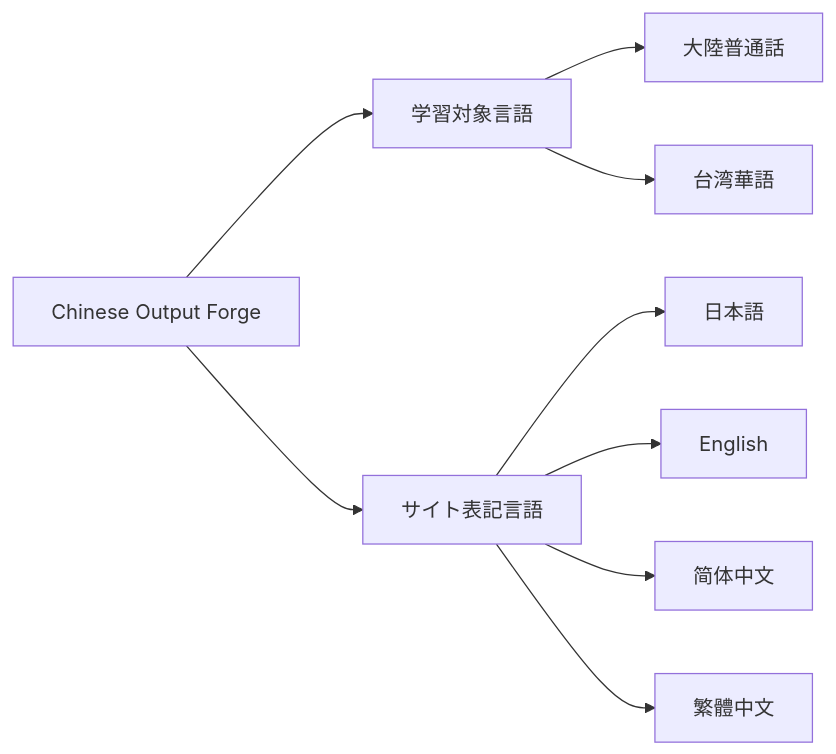
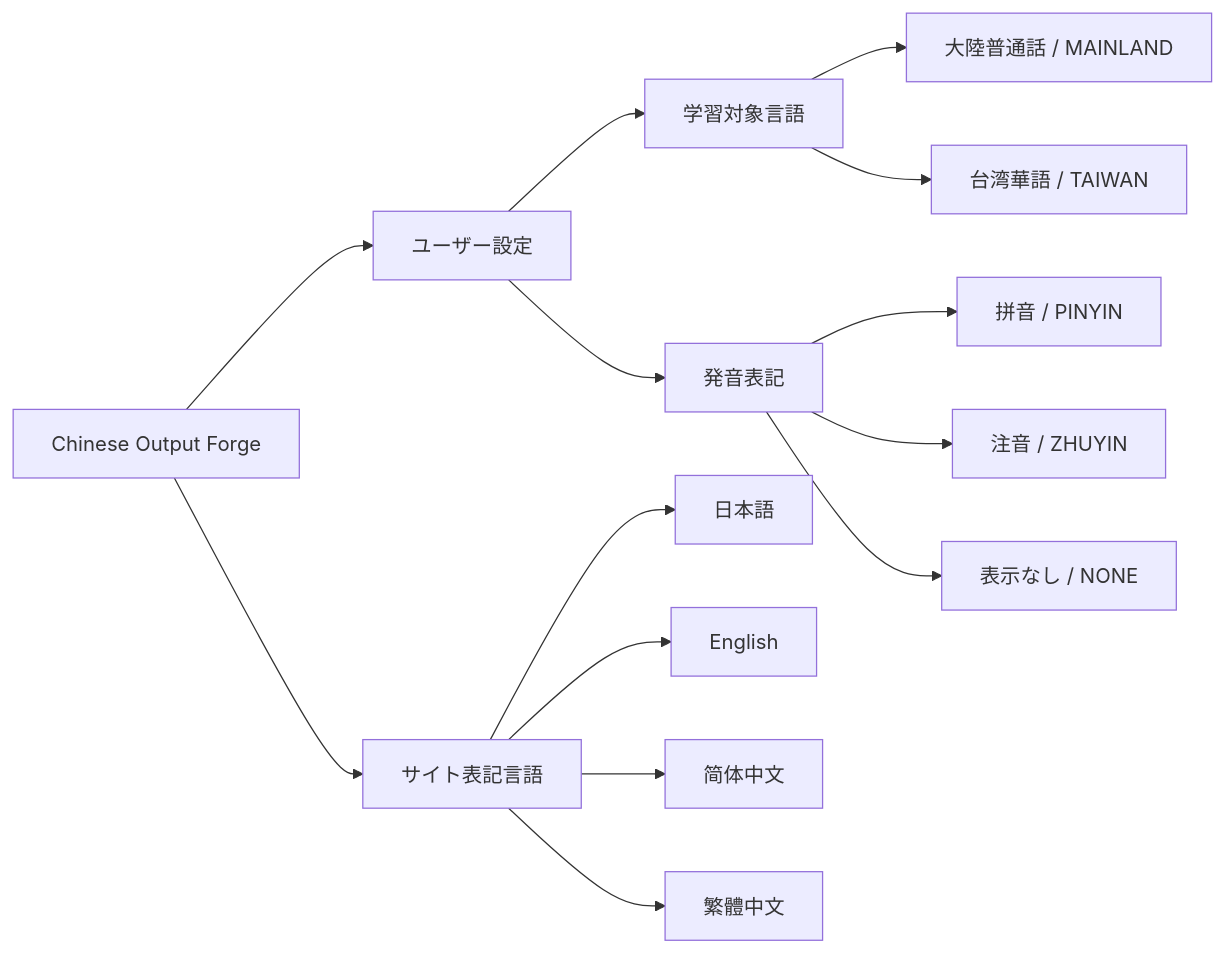
One commit to mawsonlakes790913/ChineseOutputTrainerApplication changed the third of 3 diagrams in docs/requirements/screen-transition.md. Above: the diagram before and after it, drawn with Mermaid. The commit also changed other lines of this file and 5 other files, not shown here.

````diff
--- a/docs/requirements/screen-transition.md
+++ b/docs/requirements/screen-transition.md
@@ -498,16 +850,23 @@
 ```mermaid
 flowchart LR
 
 APP["Chinese Output Forge"]
 
-APP --> LV["学習対象言語"]
+APP --> USER["ユーザー設定"]
 APP --> UI["サイト表記言語"]
 
-LV --> MAINLAND["大陸普通話"]
-LV --> TAIWAN["台湾華語"]
+USER --> LV["学習対象言語"]
+USER --> PR["発音表記"]
+
+LV --> MAINLAND["大陸普通話 / MAINLAND"]
+LV --> TAIWAN["台湾華語 / TAIWAN"]
+
+PR --> PINYIN["拼音 / PINYIN"]
+PR --> ZHUYIN["注音 / ZHUYIN"]
+PR --> NONE["表示なし / NONE"]
 
 UI --> JA["日本語"]
 UI --> EN["English"]
 UI --> ZHCN["简体中文"]
 UI --> ZHTW["繁體中文"]
 ```
````
